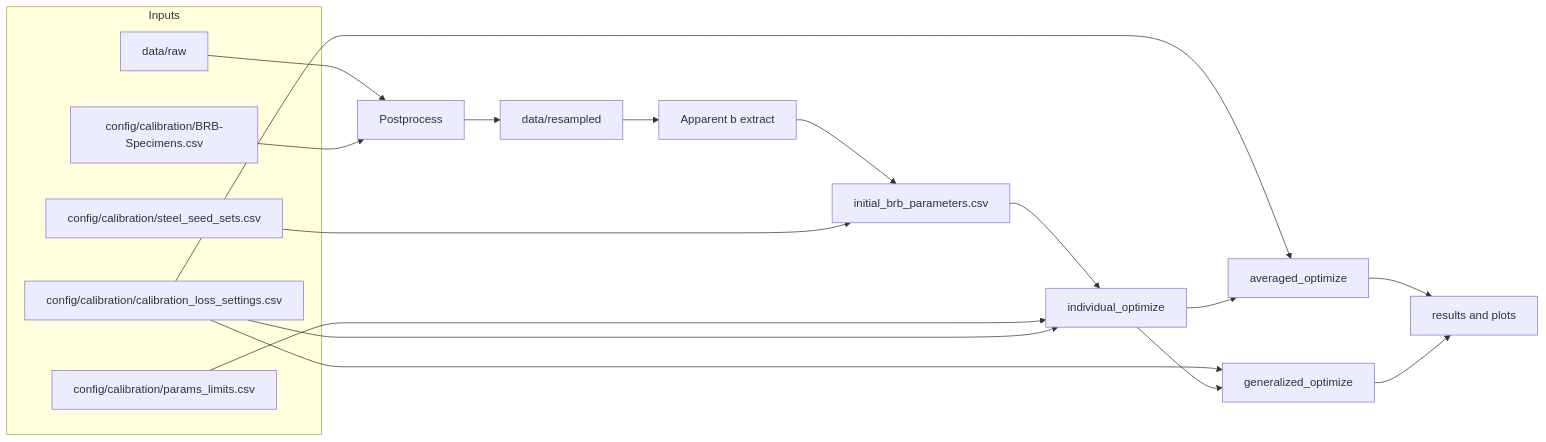
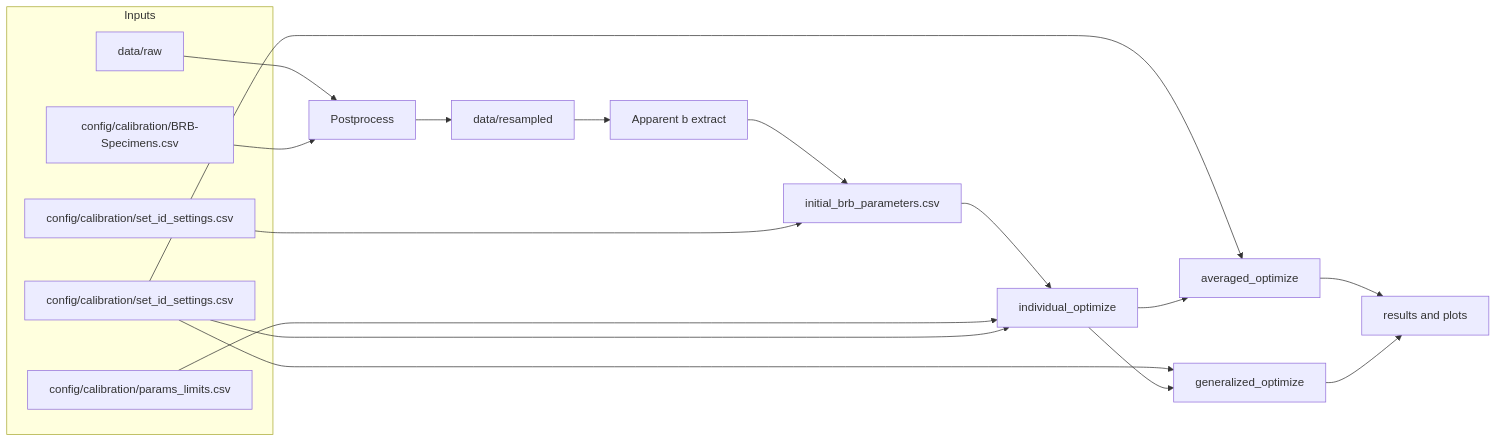
One commit to gaaraujo/BRB-Calibration changed the diagram in README.md. Above: the diagram before and after it, drawn with Mermaid. The commit also changed other lines of this file and 19 other files, not shown here.

First line of the commit message:
Unify set_id settings into single CSV

````diff
--- a/README.md
+++ b/README.md
@@ -62,25 +62,25 @@
 ```mermaid
 flowchart LR
   subgraph inputs [Inputs]
     Cat[config/calibration/BRB-Specimens.csv]
-    Seeds[config/calibration/steel_seed_sets.csv]
+    Seeds[config/calibration/set_id_settings.csv]
     Limits[config/calibration/params_limits.csv]
-    Loss[config/calibration/calibration_loss_settings.csv]
+    SetCfg[config/calibration/set_id_settings.csv]
     Raw[data/raw]
   end
   Raw --> Post[Postprocess]
   Cat --> Post
   Post --> Res[data/resampled]
   Res --> AppB[Apparent b extract]
   AppB --> Init[initial_brb_parameters.csv]
   Seeds --> Init
   Init --> Indiv[individual_optimize]
   Limits --> Indiv
-  Loss --> Indiv
-  Loss --> Averaged[averaged_optimize]
-  Loss --> Generalized[generalized_optimize]
+  SetCfg --> Indiv
+  SetCfg --> Averaged[averaged_optimize]
+  SetCfg --> Generalized[generalized_optimize]
   Indiv --> Averaged
   Indiv --> Generalized
   Averaged --> Out[results and plots]
   Generalized --> Out
 ```
````
